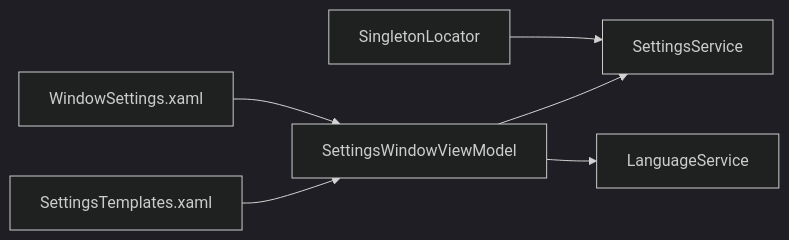
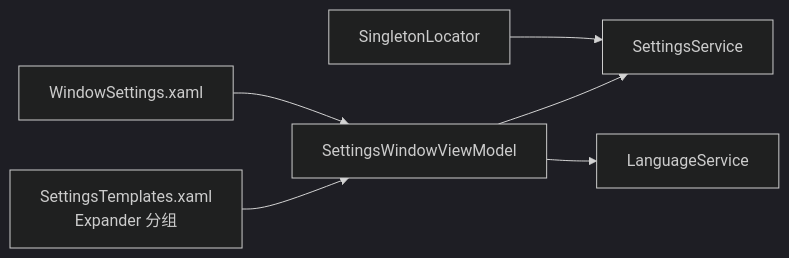
Before and after one commit to yooxii/ShaoLuAuto: the eighth of 8 diagrams in .qoder/repowiki/zh/content/系统设置管理.md, drawn with Mermaid (dark theme). The commit also changed other lines of this file and 33 other files, not shown here.

````diff
--- a/.qoder/repowiki/zh/content/系统设置管理.md
+++ b/.qoder/repowiki/zh/content/系统设置管理.md
@@ -487,8 +485,8 @@
 ```mermaid
 graph LR
 SL["SingletonLocator"] --> SS["SettingsService"]
 VM["SettingsWindowViewModel"] --> SS
 VM --> LS["LanguageService"]
 W["WindowSettings.xaml"] --> VM
-T["SettingsTemplates.xaml"] --> VM
+T["SettingsTemplates.xaml<br/>Expander 分组"] --> VM
 ```
````
